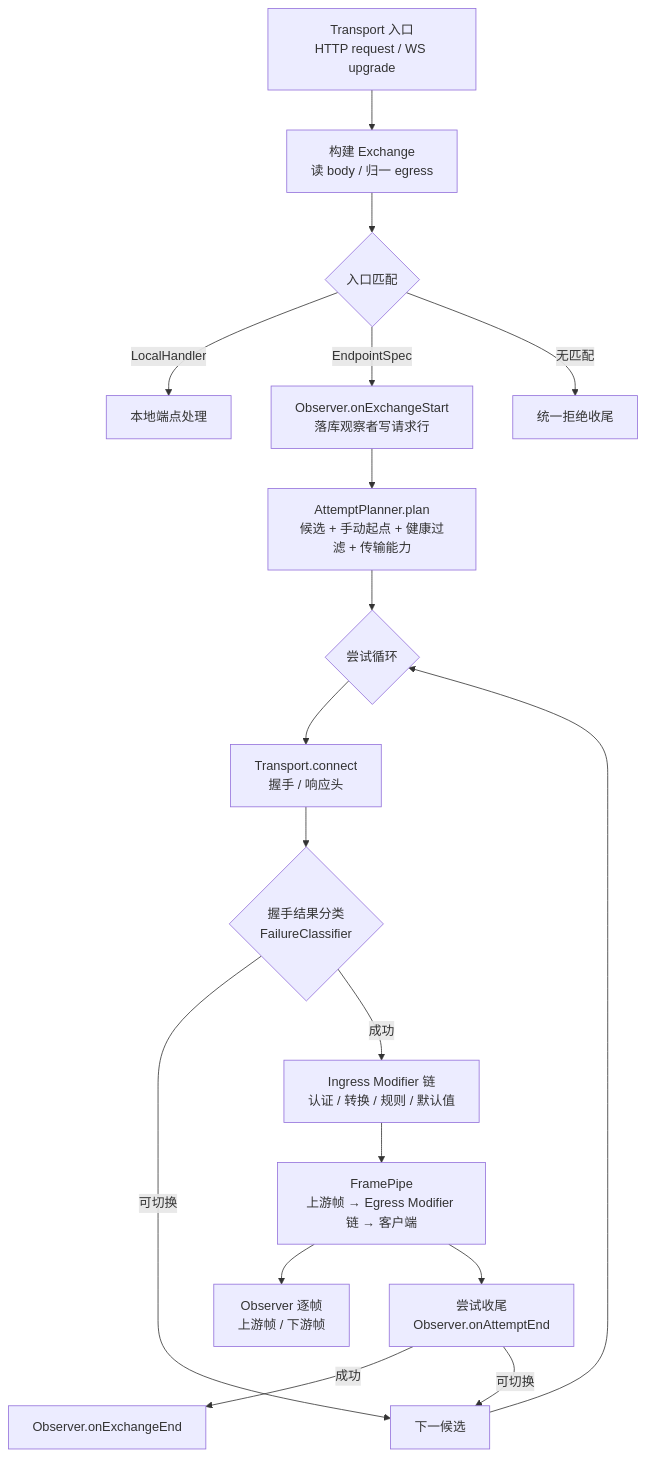
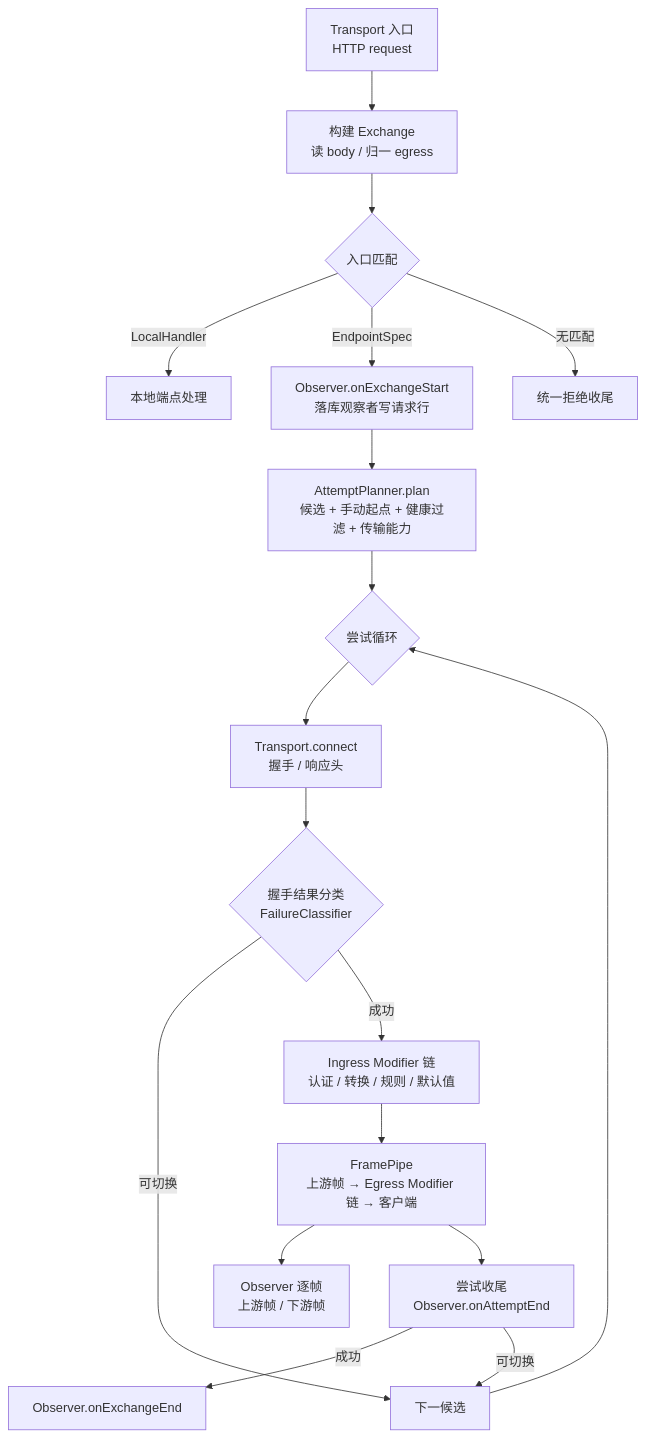
Before and after one commit to yinxulai/one-switch: the second of 2 diagrams in product/proxy-engine.md, drawn with Mermaid. The commit also changed other lines of this file and 128 other files, not shown here.

````diff
--- a/product/proxy-engine.md
+++ b/product/proxy-engine.md
@@ -486,20 +483,20 @@
 ```mermaid
 flowchart TD
-  A[Transport 入口<br/>HTTP request / WS upgrade] --> B[构建 Exchange<br/>读 body / 归一 egress]
+  A[Transport 入口<br/>HTTP request] --> B[构建 Exchange<br/>读 body / 归一 egress]
   B --> C{入口匹配}
   C -->|LocalHandler| D[本地端点处理]
   C -->|EndpointSpec| E[Observer.onExchangeStart<br/>落库观察者写请求行]
   C -->|无匹配| R[统一拒绝收尾]
   E --> F[AttemptPlanner.plan<br/>候选 + 手动起点 + 健康过滤 + 传输能力]
   F --> G{尝试循环}
   G --> H[Transport.connect<br/>握手 / 响应头]
   H --> I{握手结果分类<br/>FailureClassifier}
   I -->|可切换| N
   I -->|成功| J[Ingress Modifier 链<br/>认证 / 转换 / 规则 / 默认值]
   J --> K[FramePipe<br/>上游帧 → Egress Modifier 链 → 客户端]
   K --> L[Observer 逐帧<br/>上游帧 / 下游帧]
   K --> M[尝试收尾<br/>Observer.onAttemptEnd]
   M -->|成功| P[Observer.onExchangeEnd]
   M -->|可切换| N[下一候选]
   N --> G
 ```
````
